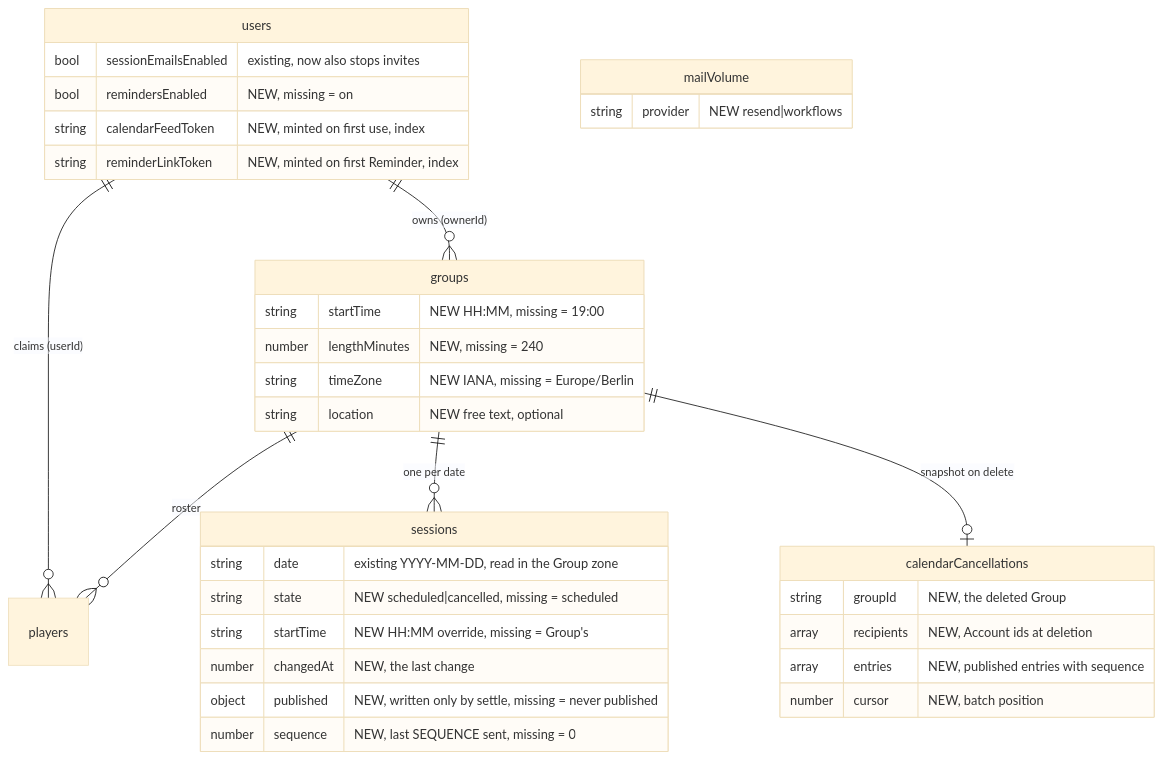
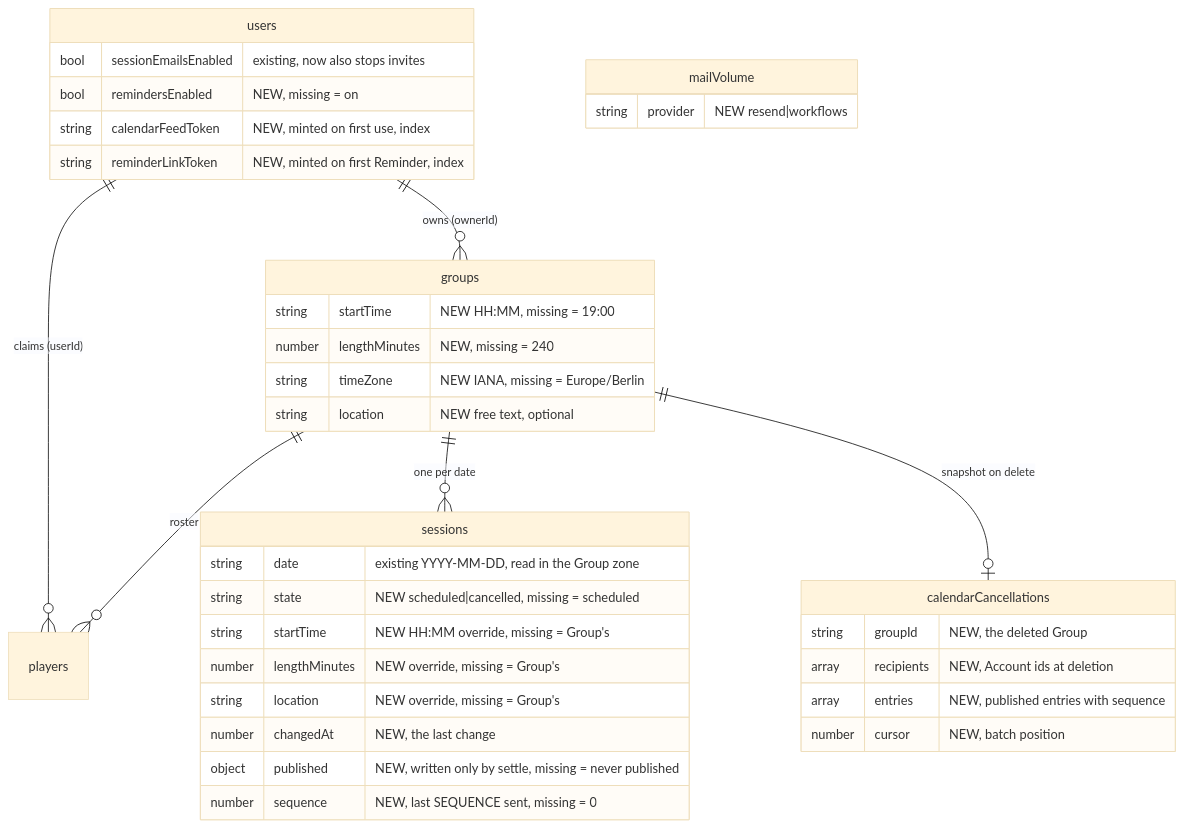
One commit to Silthus/next-session changed the second of 7 diagrams in docs/architecture/calendar-sync.md. Above: the diagram before and after it, drawn with Mermaid (base theme). The commit also changed other lines of this file, not shown here.

First line of the commit message:
Let a Session override its length and location (#126)

````diff
--- a/docs/architecture/calendar-sync.md
+++ b/docs/architecture/calendar-sync.md
@@ -105,38 +105,40 @@
 ```mermaid
 erDiagram
   users ||--o{ groups : "owns (ownerId)"
   users ||--o{ players : "claims (userId)"
   groups ||--o{ players : roster
   groups ||--o{ sessions : "one per date"
   groups ||--o| calendarCancellations : "snapshot on delete"
 
   users {
     bool sessionEmailsEnabled "existing, now also stops invites"
     bool remindersEnabled "NEW, missing = on"
     string calendarFeedToken "NEW, minted on first use, index"
     string reminderLinkToken "NEW, minted on first Reminder, index"
   }
   groups {
     string startTime "NEW HH:MM, missing = 19:00"
     number lengthMinutes "NEW, missing = 240"
     string timeZone "NEW IANA, missing = Europe/Berlin"
     string location "NEW free text, optional"
   }
   sessions {
     string date "existing YYYY-MM-DD, read in the Group zone"
     string state "NEW scheduled|cancelled, missing = scheduled"
     string startTime "NEW HH:MM override, missing = Group's"
+    number lengthMinutes "NEW override, missing = Group's"
+    string location "NEW override, missing = Group's"
     number changedAt "NEW, the last change"
     object published "NEW, written only by settle, missing = never published"
     number sequence "NEW, last SEQUENCE sent, missing = 0"
   }
   calendarCancellations {
     string groupId "NEW, the deleted Group"
     array recipients "NEW, Account ids at deletion"
     array entries "NEW, published entries with sequence"
     number cursor "NEW, batch position"
   }
   mailVolume {
     string provider "NEW resend|workflows"
   }
 ```
````
